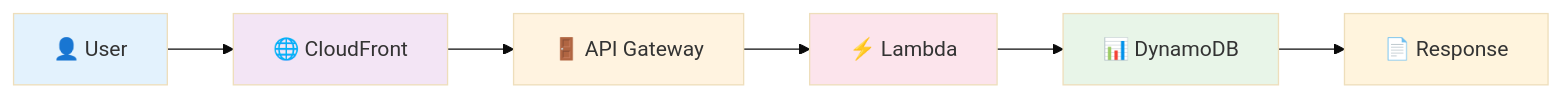
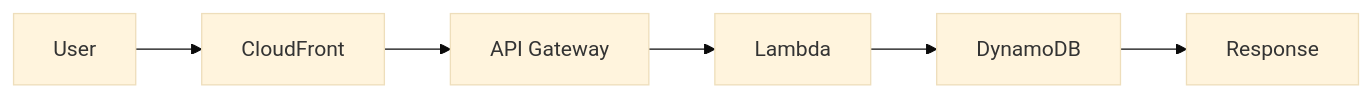
One commit to bbernstein/chq-calendar changed the seventh of 8 diagrams in docs/DEVELOPMENT_HISTORY.md. Above: the diagram before and after it, drawn with Mermaid (base theme). The commit also changed other lines of this file, not shown here.

First line of the commit message:
Fix Mermaid diagram syntax for GitHub compatibility

````diff
--- a/docs/DEVELOPMENT_HISTORY.md
+++ b/docs/DEVELOPMENT_HISTORY.md
@@ -286,10 +254,4 @@
 ```mermaid
 graph LR
-    User1[👤 User] --> CF1[🌐 CloudFront] --> APIGW[🚪 API Gateway] --> Lambda[⚡ Lambda] --> DDB[📊 DynamoDB] --> Response1[📄 Response]
-    
-    style User1 fill:#e3f2fd
-    style CF1 fill:#f3e5f5
-    style APIGW fill:#fff3e0
-    style Lambda fill:#fce4ec
-    style DDB fill:#e8f5e8
+    User1[User] --> CF1[CloudFront] --> APIGW[API Gateway] --> Lambda[Lambda] --> DDB[DynamoDB] --> Response1[Response]
 ```
````
